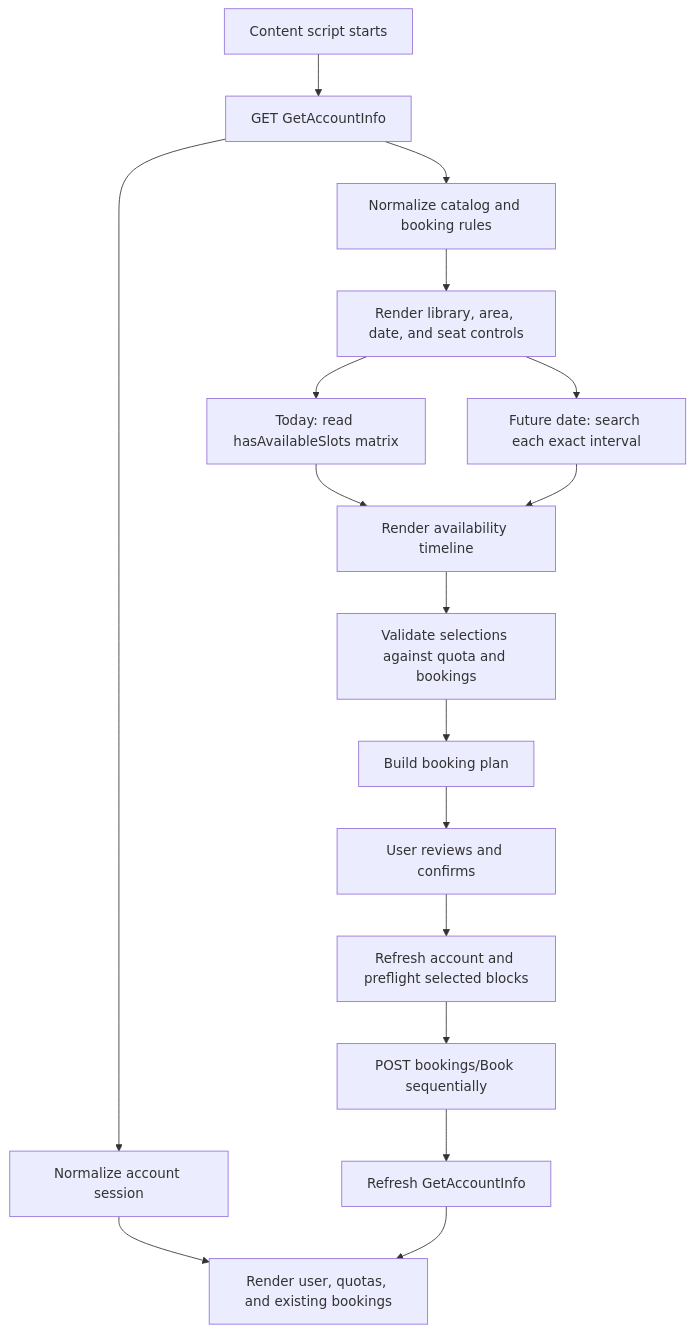
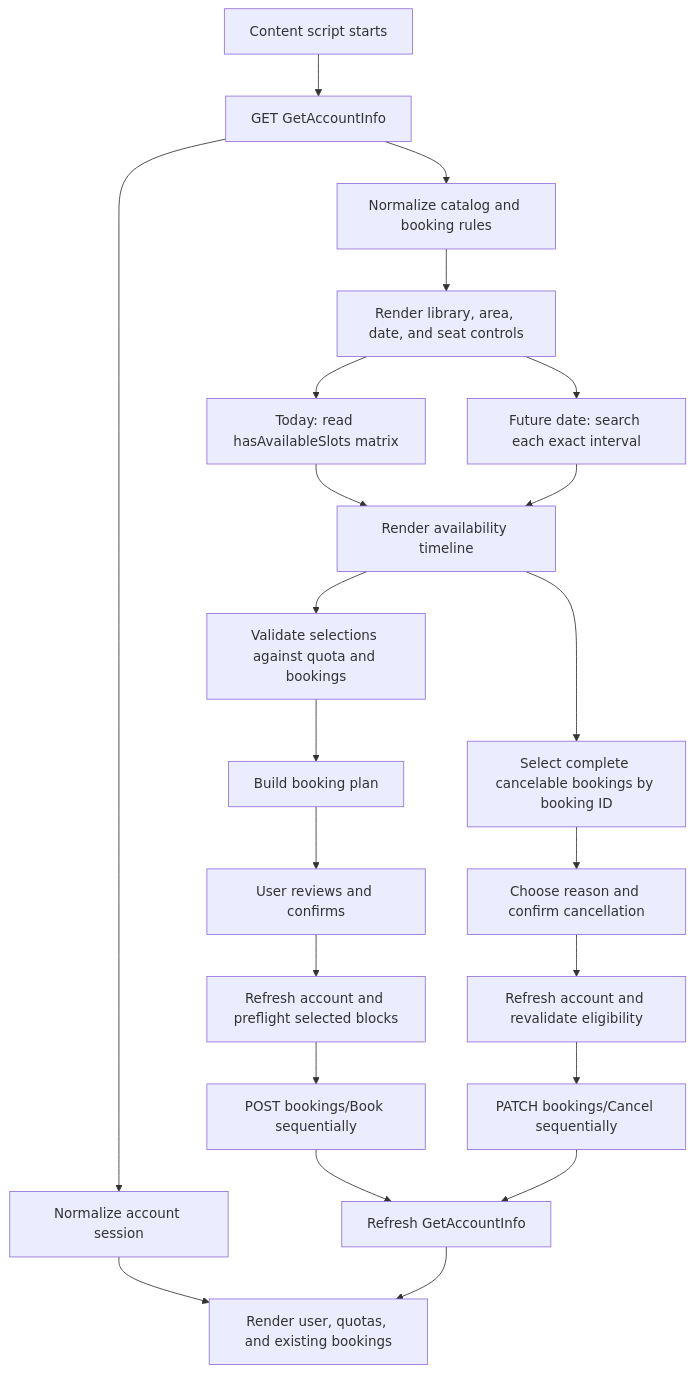
One commit to teamcmcbot/nlb-seat-booking-extension changed the diagram in docs/extension-architecture.md. Above: the diagram before and after it, drawn with Mermaid. The commit also changed other lines of this file and 17 other files, not shown here.

Commit message:
Add booking cancellation support

````diff
--- a/docs/extension-architecture.md
+++ b/docs/extension-architecture.md
@@ -70,19 +70,24 @@
 ```mermaid
 flowchart TD
     A["Content script starts"] --> B["GET GetAccountInfo"]
     B --> C["Normalize account session"]
     B --> D["Normalize catalog and booking rules"]
     C --> E["Render user, quotas, and existing bookings"]
     D --> F["Render library, area, date, and seat controls"]
     F --> G["Today: read hasAvailableSlots matrix"]
     F --> Q["Future date: search each exact interval"]
     G --> H["Render availability timeline"]
     Q --> H
     H --> I["Validate selections against quota and bookings"]
     I --> M["Build booking plan"]
+    H --> R["Select complete cancelable bookings by booking ID"]
     M --> N["User reviews and confirms"]
+    R --> S["Choose reason and confirm cancellation"]
     N --> J["Refresh account and preflight selected blocks"]
+    S --> T["Refresh account and revalidate eligibility"]
     J --> O["POST bookings/Book sequentially"]
+    T --> U["PATCH bookings/Cancel sequentially"]
     O --> P["Refresh GetAccountInfo"]
+    U --> P
     P --> E
 ```
````
